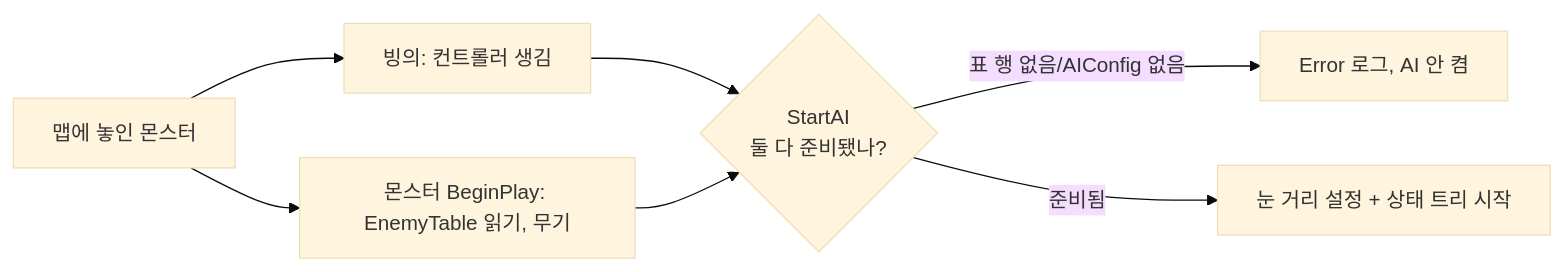
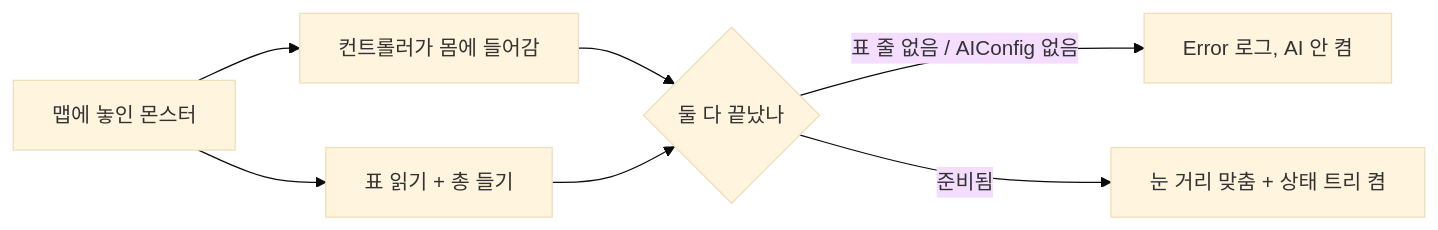
One commit to AssortRock-KDT6-Unreal-PowerAde/ProjectPG changed the first of 3 diagrams in Source/ProjectPG/Private/AI/README.md. Above: the diagram before and after it, drawn with Mermaid (base theme). The commit also changed other lines of this file, not shown here.

First line of the commit message:
몬스터 AI README 흐름 설명을 처음 보는 사람도 따라가게 다시 씀 (코드 변경 없음)

````diff
--- a/Source/ProjectPG/Private/AI/README.md
+++ b/Source/ProjectPG/Private/AI/README.md
@@ -24,9 +42,9 @@
 ```mermaid
 flowchart LR
-    A[맵에 놓인 몬스터] --> B[빙의: 컨트롤러 생김]
-    A --> C[몬스터 BeginPlay: EnemyTable 읽기, 무기]
-    B --> D{StartAI<br/>둘 다 준비됐나?}
-    C --> D
-    D -- 표 행 없음/AIConfig 없음 --> E[Error 로그, AI 안 켬]
-    D -- 준비됨 --> F[눈 거리 설정 + 상태 트리 시작]
+    Placed[맵에 놓인 몬스터] --> Possess[컨트롤러가 몸에 들어감]
+    Placed --> ReadTable[표 읽기 + 총 들기]
+    Possess --> BothReady{둘 다 끝났나}
+    ReadTable --> BothReady
+    BothReady -- 표 줄 없음 / AIConfig 없음 --> StayOff[Error 로그, AI 안 켬]
+    BothReady -- 준비됨 --> StartTree[눈 거리 맞춤 + 상태 트리 켬]
 ```
````
